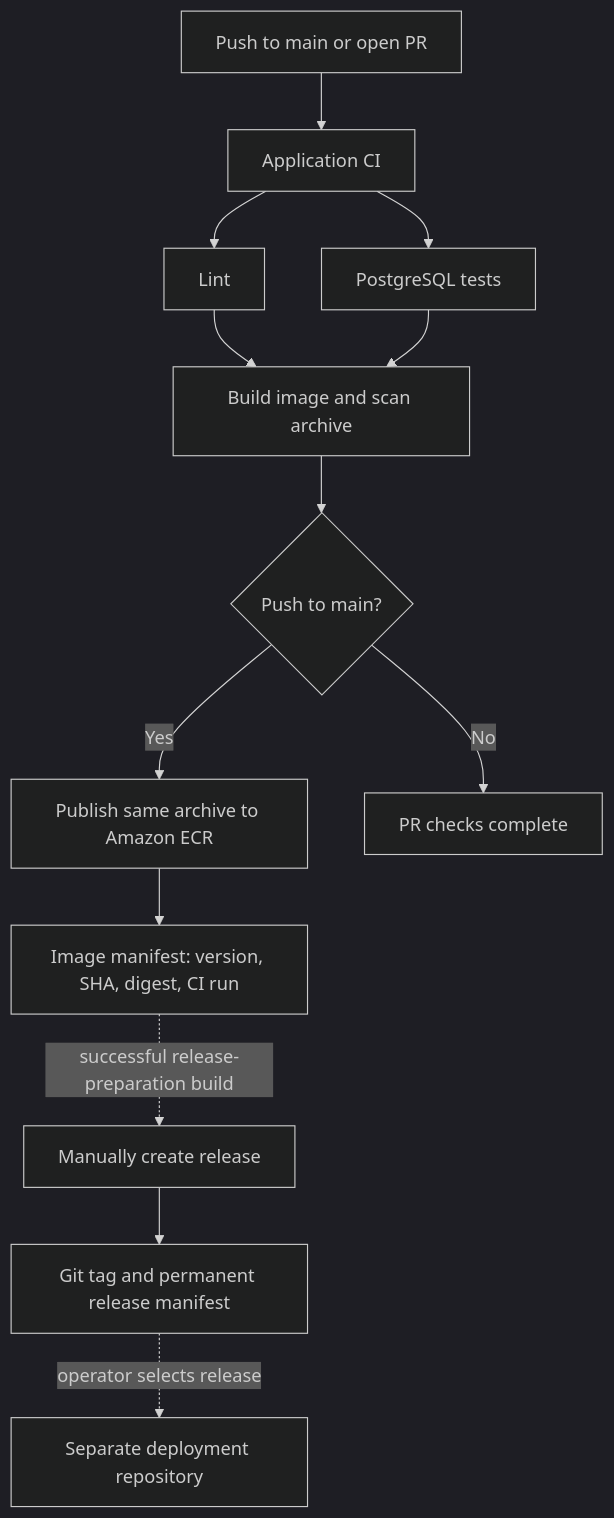
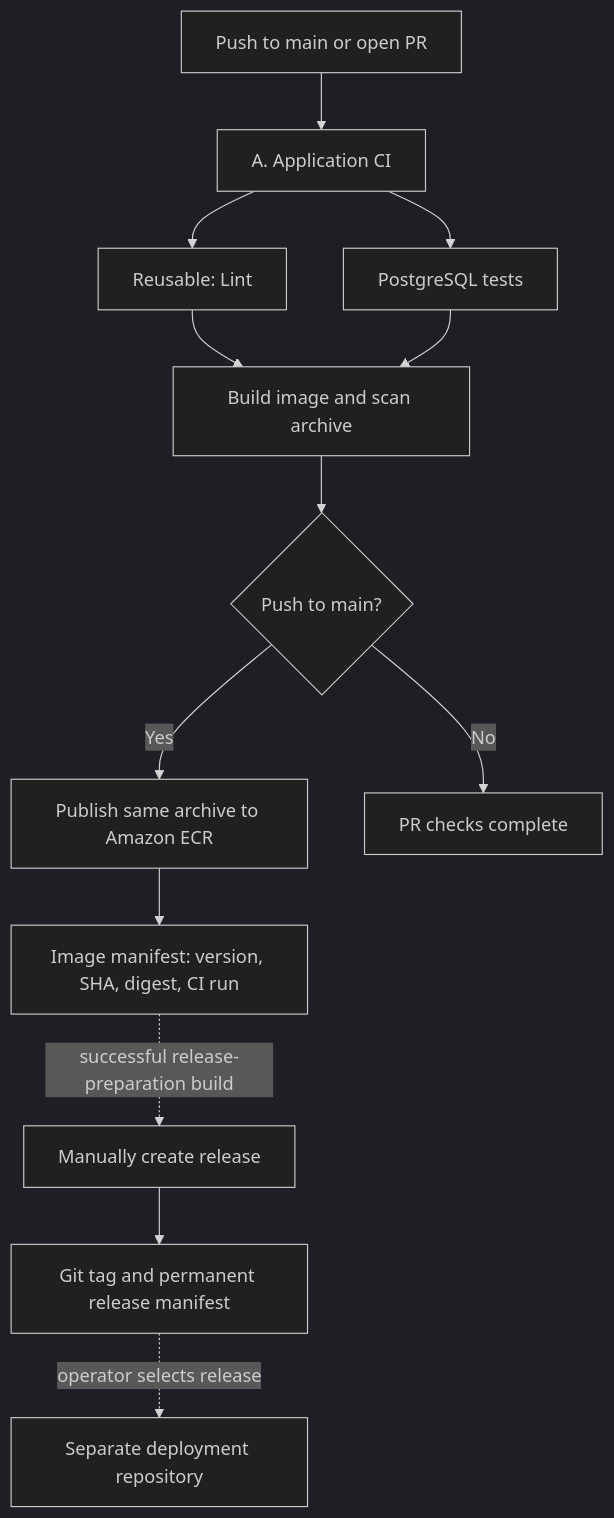
Before and after one commit to tzwei94/app: the diagram in docs/ci-cd.md, drawn with Mermaid (dark theme). The commit also changed other lines of this file and 8 other files, not shown here.

````diff
--- a/docs/ci-cd.md
+++ b/docs/ci-cd.md
@@ -17,15 +17,15 @@
 ```mermaid
 flowchart TD
-    Push[Push to main or open PR] --> CI[Application CI]
-    CI --> Lint[Lint]
+    Push[Push to main or open PR] --> CI[A. Application CI]
+    CI --> Lint[Reusable: Lint]
     CI --> Test[PostgreSQL tests]
     Lint --> Build[Build image and scan archive]
     Test --> Build
     Build --> Gate{Push to main?}
     Gate -->|Yes| Publish[Publish same archive to Amazon ECR]
     Gate -->|No| Done[PR checks complete]
     Publish --> Manifest[Image manifest: version, SHA, digest, CI run]
     Manifest -. successful release-preparation build .-> Release[Manually create release]
     Release --> Record[Git tag and permanent release manifest]
     Record -. operator selects release .-> CD[Separate deployment repository]
 ```
````
